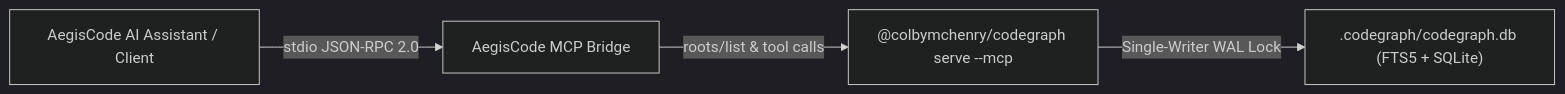
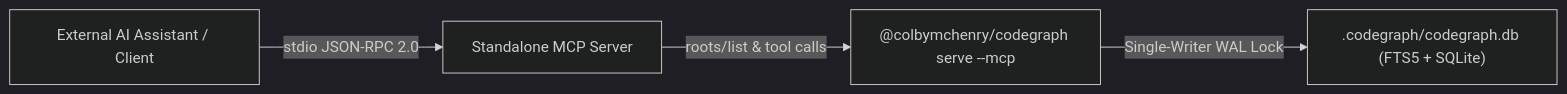
Before and after one commit to aditlab-code/AegisCode: the diagram in docs/developers/mcp-specification.md, drawn with Mermaid (dark theme). The commit also changed other lines of this file and 74 other files, not shown here.

````diff
--- a/docs/developers/mcp-specification.md
+++ b/docs/developers/mcp-specification.md
@@ -9,6 +12,6 @@
 ```mermaid
 flowchart LR
-    A[AegisCode AI Assistant / Client] -->|stdio JSON-RPC 2.0| B[AegisCode MCP Bridge]
+    A[External AI Assistant / Client] -->|stdio JSON-RPC 2.0| B[Standalone MCP Server]
     B -->|roots/list & tool calls| C["@colbymchenry/codegraph serve --mcp"]
     C -->|Single-Writer WAL Lock| D[".codegraph/codegraph.db (FTS5 + SQLite)"]
 ```
````
